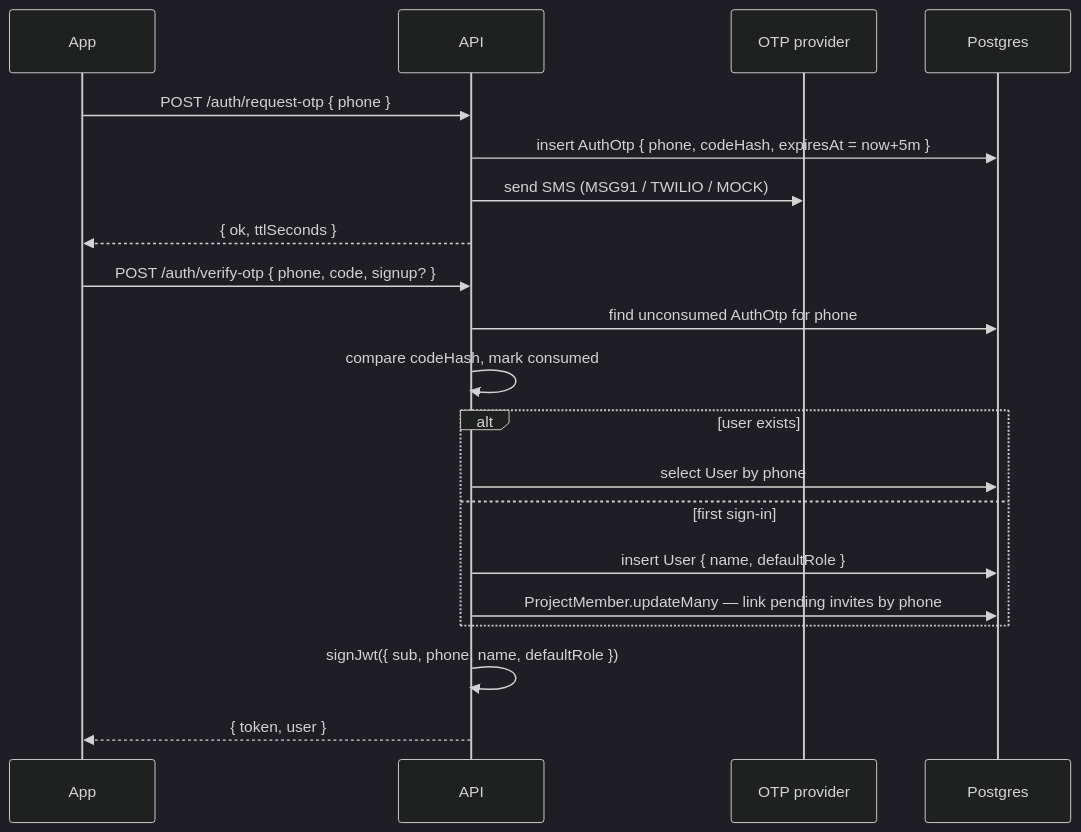
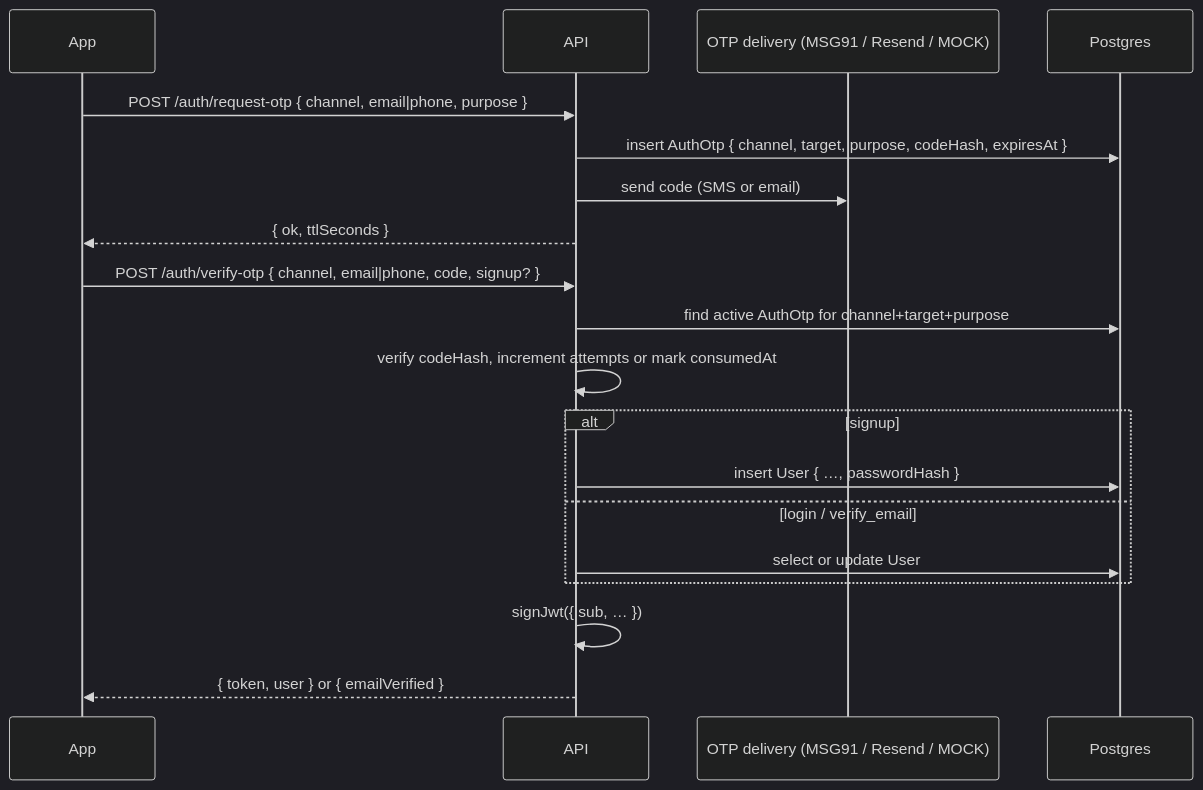
The third of 6 diagrams in apps/api/docs/ARCHITECTURE.md (Circuit-Studios/circuit-hybrid-app), drawn with Mermaid (dark theme) before and after one commit. The commit also changed other lines of this file and 37 other files, not shown here.

````diff
--- a/apps/api/docs/ARCHITECTURE.md
+++ b/apps/api/docs/ARCHITECTURE.md
@@ -243,24 +249,23 @@
 ```mermaid
 sequenceDiagram
   participant App
   participant API
-  participant OTP as OTP provider
+  participant Delivery as OTP delivery (MSG91 / Resend / MOCK)
   participant DB as Postgres
 
-  App->>API: POST /auth/request-otp { phone }
-  API->>DB: insert AuthOtp { phone, codeHash, expiresAt = now+5m }
-  API->>OTP: send SMS (MSG91 / TWILIO / MOCK)
+  App->>API: POST /auth/request-otp { channel, email|phone, purpose }
+  API->>DB: insert AuthOtp { channel, target, purpose, codeHash, expiresAt }
+  API->>Delivery: send code (SMS or email)
   API-->>App: { ok, ttlSeconds }
 
-  App->>API: POST /auth/verify-otp { phone, code, signup? }
-  API->>DB: find unconsumed AuthOtp for phone
-  API->>API: compare codeHash, mark consumed
-  alt user exists
-    API->>DB: select User by phone
-  else first sign-in
-    API->>DB: insert User { name, defaultRole }
-    API->>DB: ProjectMember.updateMany — link pending invites by phone
+  App->>API: POST /auth/verify-otp { channel, email|phone, code, signup? }
+  API->>DB: find active AuthOtp for channel+target+purpose
+  API->>API: verify codeHash, increment attempts or mark consumedAt
+  alt signup
+    API->>DB: insert User { …, passwordHash }
+  else login / verify_email
+    API->>DB: select or update User
   end
-  API->>API: signJwt({ sub, phone, name, defaultRole })
-  API-->>App: { token, user }
+  API->>API: signJwt({ sub, … })
+  API-->>App: { token, user } or { emailVerified }
 ```
````
